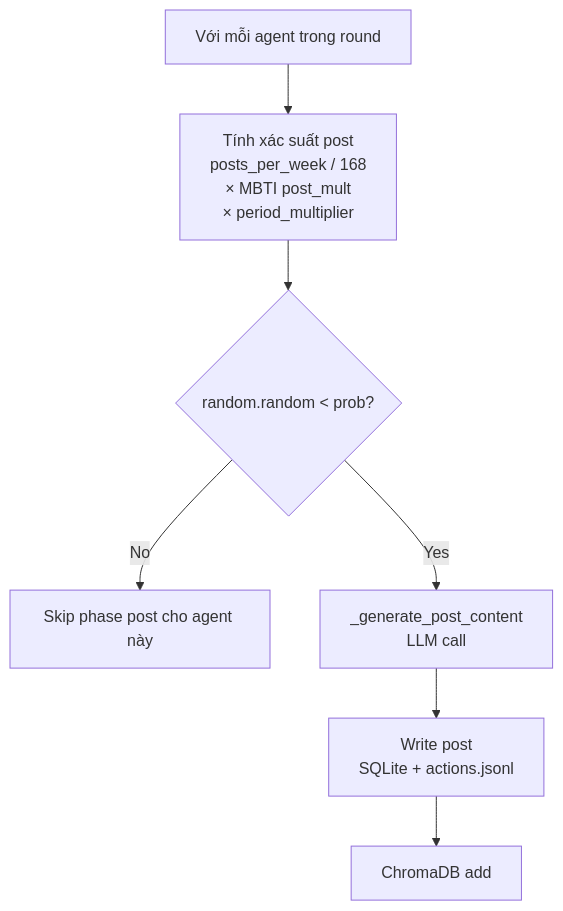
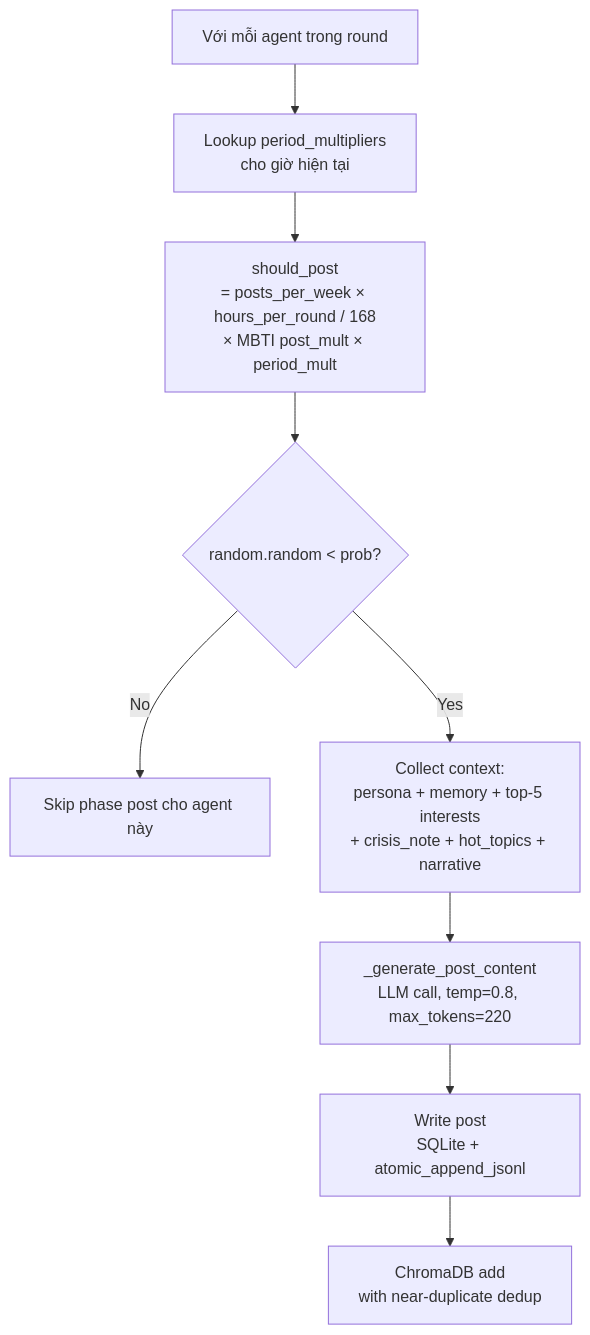
The fifth of 6 diagrams in docs/05_simulation_loop.md (qchien643/EcoSim), drawn with Mermaid before and after one commit. The commit also changed other lines of this file and 176 other files, not shown here.

````diff
--- a/docs/05_simulation_loop.md
+++ b/docs/05_simulation_loop.md
@@ -68,9 +87,11 @@
 ```mermaid
 flowchart TD
-    ForEach[Với mỗi agent trong round] --> Calc[Tính xác suất post<br/>posts_per_week / 168<br/>× MBTI post_mult<br/>× period_multiplier]
+    ForEach[Với mỗi agent trong round] --> Period[Lookup period_multipliers<br/>cho giờ hiện tại]
+    Period --> Calc[should_post<br/>= posts_per_week × hours_per_round / 168<br/>× MBTI post_mult × period_mult]
     Calc --> Roll{random.random < prob?}
     Roll -->|No| Skip[Skip phase post cho agent này]
-    Roll -->|Yes| Content[_generate_post_content<br/>LLM call]
-    Content --> Write[Write post<br/>SQLite + actions.jsonl]
-    Write --> Idx[ChromaDB add]
+    Roll -->|Yes| Ctx[Collect context:<br/>persona + memory + top-5 interests<br/>+ crisis_note + hot_topics + narrative]
+    Ctx --> Content[_generate_post_content<br/>LLM call, temp=0.8, max_tokens=220]
+    Content --> Write[Write post<br/>SQLite + atomic_append_jsonl]
+    Write --> Idx[ChromaDB add<br/>with near-duplicate dedup]
 ```
````
